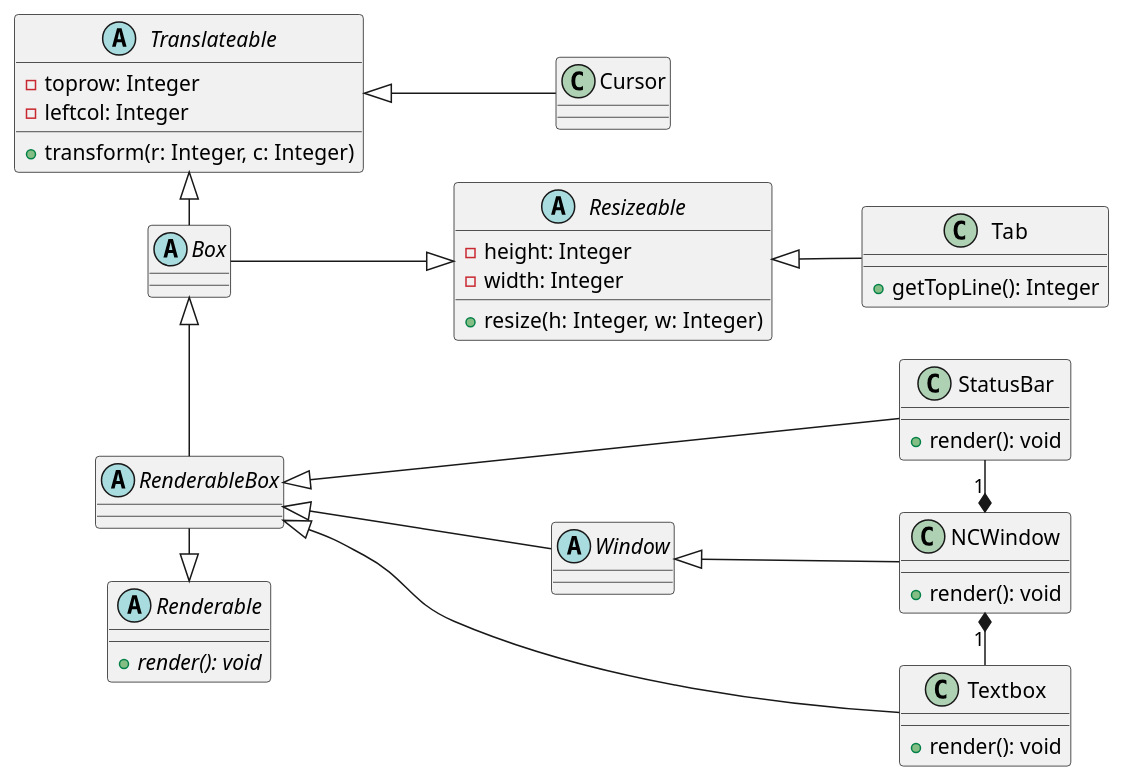
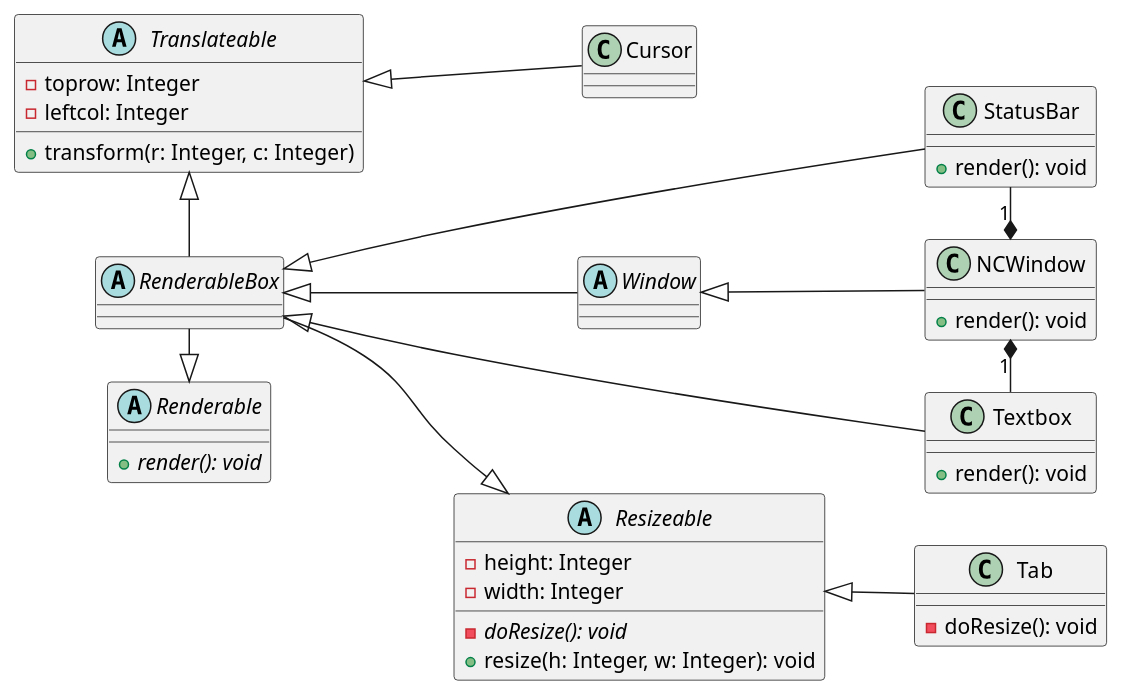
One commit to raywang999/VM changed the ninth of 9 diagrams in uml.md. Above: the diagram before and after it, drawn with PlantUML. The commit also changed other lines of this file and 33 other files, not shown here.

````diff
--- a/uml.md
+++ b/uml.md
@@ -237,44 +436,43 @@
 ```plantuml
 left to right direction
 abstract Window{ }
 class Tab{
-  +getTopLine(): Integer
+  -doResize(): void
 }
 abstract Renderable{
   {abstract}+render(): void
 }
 class NCWindow{
   +render(): void
 }
 Translateable <|-- Cursor
 NCWindow "1" *- Textbox
 RenderableBox <|-- StatusBar 
 RenderableBox <|-- Textbox
 StatusBar "1" -* NCWindow
 class StatusBar{}
 abstract Resizeable{
   -height: Integer 
   -width: Integer
-  +resize(h: Integer, w: Integer)
+  -{abstract}doResize(): void
+  +resize(h: Integer, w: Integer): void
 }
 abstract Translateable{
   -toprow: Integer
   -leftcol: Integer
   +transform(r: Integer, c: Integer)
 }
 class StatusBar{
   +render(): void
 }
 class Textbox{
   +render(): void
 }
-abstract Box{}
-Box --|> Resizeable 
-Translateable <|- Box
-abstract RenderableBox {}
-Box <|- RenderableBox 
+abstract RenderableBox{}
+RenderableBox --|> Resizeable 
+Translateable <|- RenderableBox
 RenderableBox -|> Renderable
 Window <|-- NCWindow 
 RenderableBox <|-- Window 
 Resizeable <|-- Tab
 ```
````
